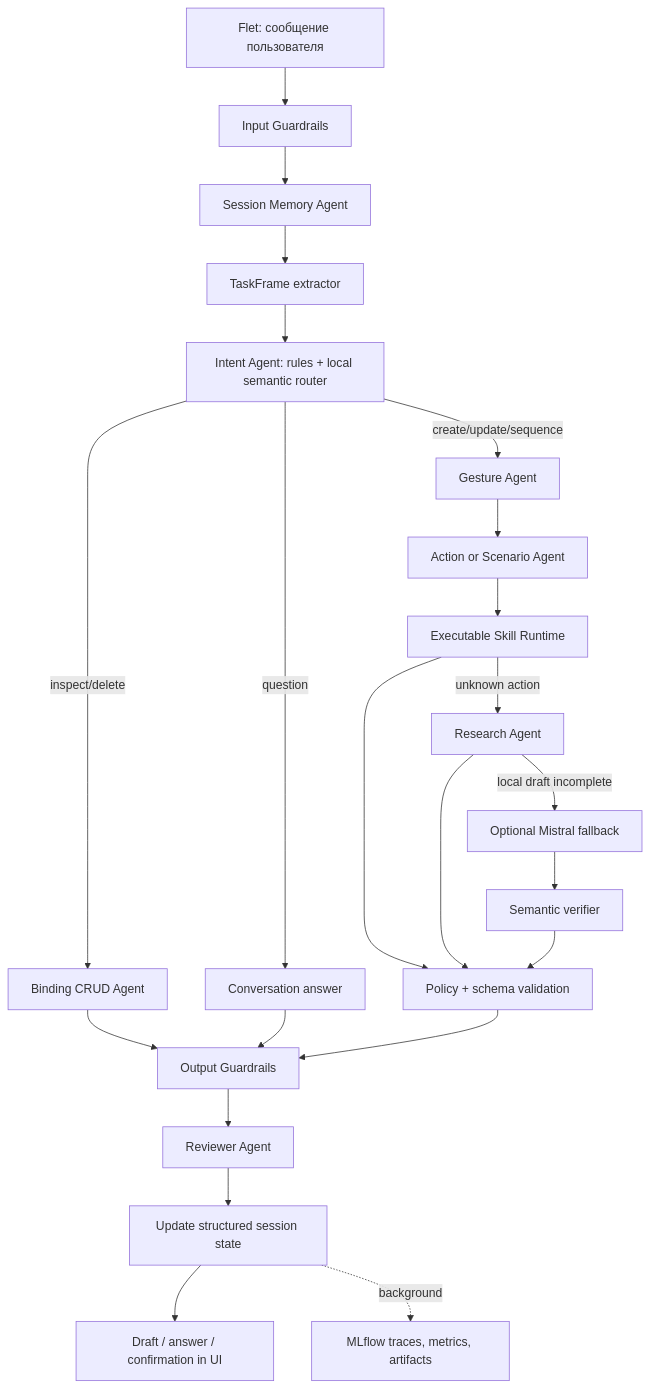
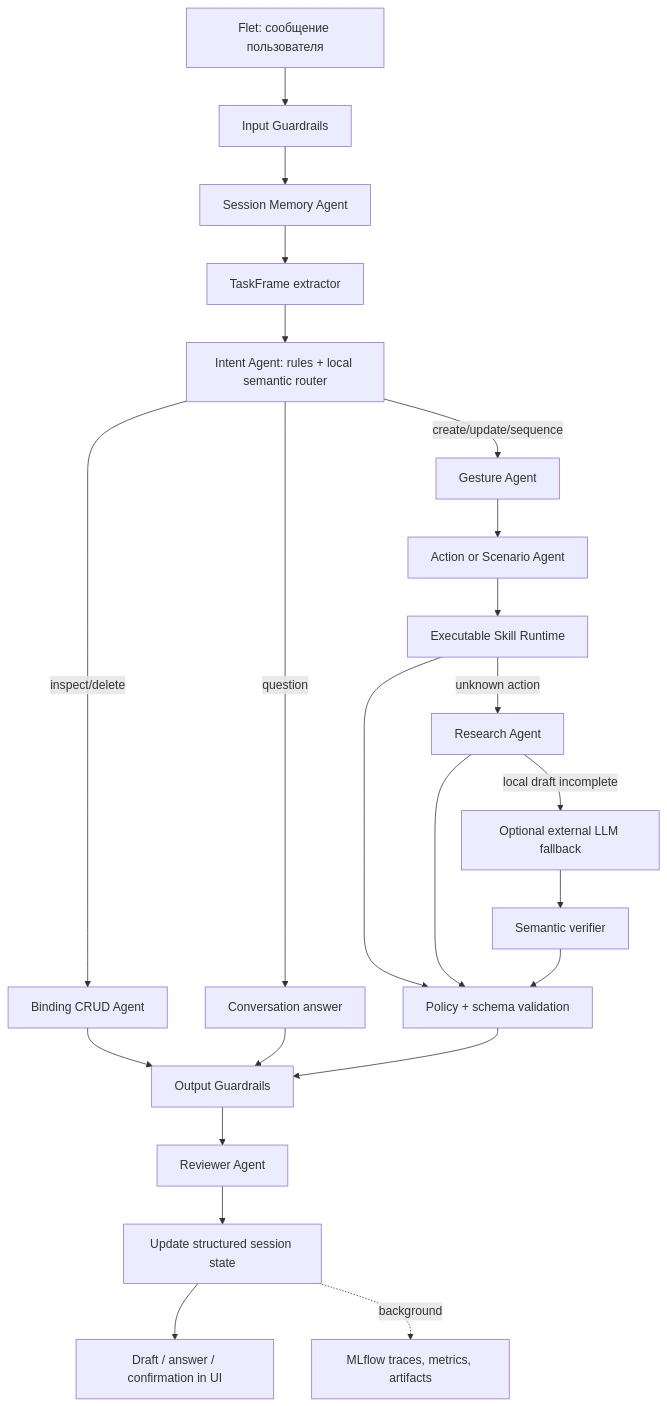
The diagram in docs/GESTUREBIND_MAS_ARCHITECTURE.md (Rafaildavar/DPLM), drawn with Mermaid before and after one commit. The commit also changed other lines of this file and 19 other files, not shown here.

````diff
--- a/docs/GESTUREBIND_MAS_ARCHITECTURE.md
+++ b/docs/GESTUREBIND_MAS_ARCHITECTURE.md
@@ -23,25 +23,25 @@
 ```mermaid
 flowchart TD
     UI["Flet: сообщение пользователя"] --> IG["Input Guardrails"]
     IG --> SM["Session Memory Agent"]
     SM --> TF["TaskFrame extractor"]
     TF --> IR["Intent Agent: rules + local semantic router"]
     IR -->|question| CA["Conversation answer"]
     IR -->|inspect/delete| CRUD["Binding CRUD Agent"]
     IR -->|create/update/sequence| GA["Gesture Agent"]
     GA --> AA["Action or Scenario Agent"]
     AA --> SK["Executable Skill Runtime"]
     SK -->|unknown action| RA["Research Agent"]
-    RA -->|local draft incomplete| MA["Optional Mistral fallback"]
+    RA -->|local draft incomplete| MA["Optional external LLM fallback"]
     MA --> SV["Semantic verifier"]
     SK --> PA["Policy + schema validation"]
     RA --> PA
     SV --> PA
     CRUD --> OG["Output Guardrails"]
     CA --> OG
     PA --> OG
     OG --> RV["Reviewer Agent"]
     RV --> MS["Update structured session state"]
     MS --> UI2["Draft / answer / confirmation in UI"]
     MS -. background .-> MF["MLflow traces, metrics, artifacts"]
 ```
````
